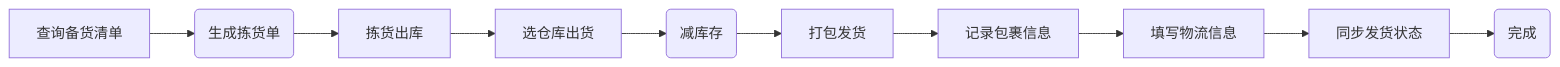
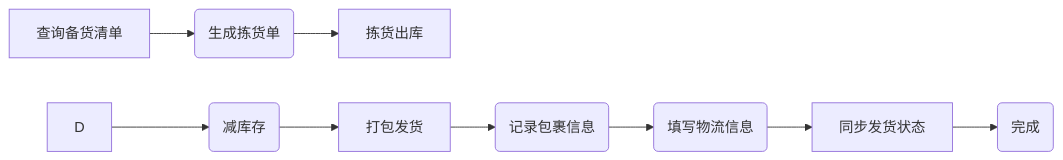
One commit to zeasin/qihangerp changed the third of 3 diagrams in README.md. Above: the diagram before and after it, drawn with Mermaid.

Commit message:
更新发货流程说明

````diff
--- a/README.md
+++ b/README.md
@@ -69,13 +69,12 @@
 ```mermaid
 graph LR
 A[查询备货清单] -->B(生成拣货单)
     B --> C[拣货出库]
-    C --> D[选仓库出货]
     D --> E(减库存)
     E --> F[打包发货]
-    F --> F1[记录包裹信息]
-    F1 --> G[填写物流信息]
+    F --> F1(记录包裹信息)
+    F1 --> G(填写物流信息)
     G --> G1[同步发货状态]
     G1 --> H(完成)
 
 ```
````
